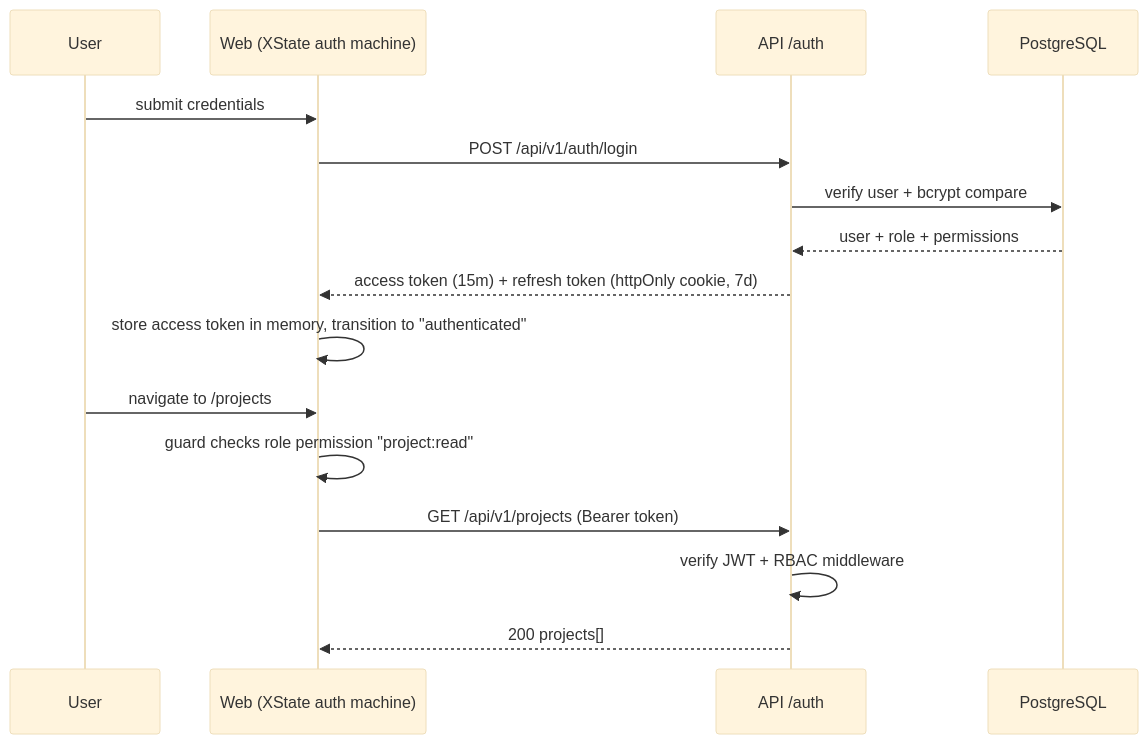
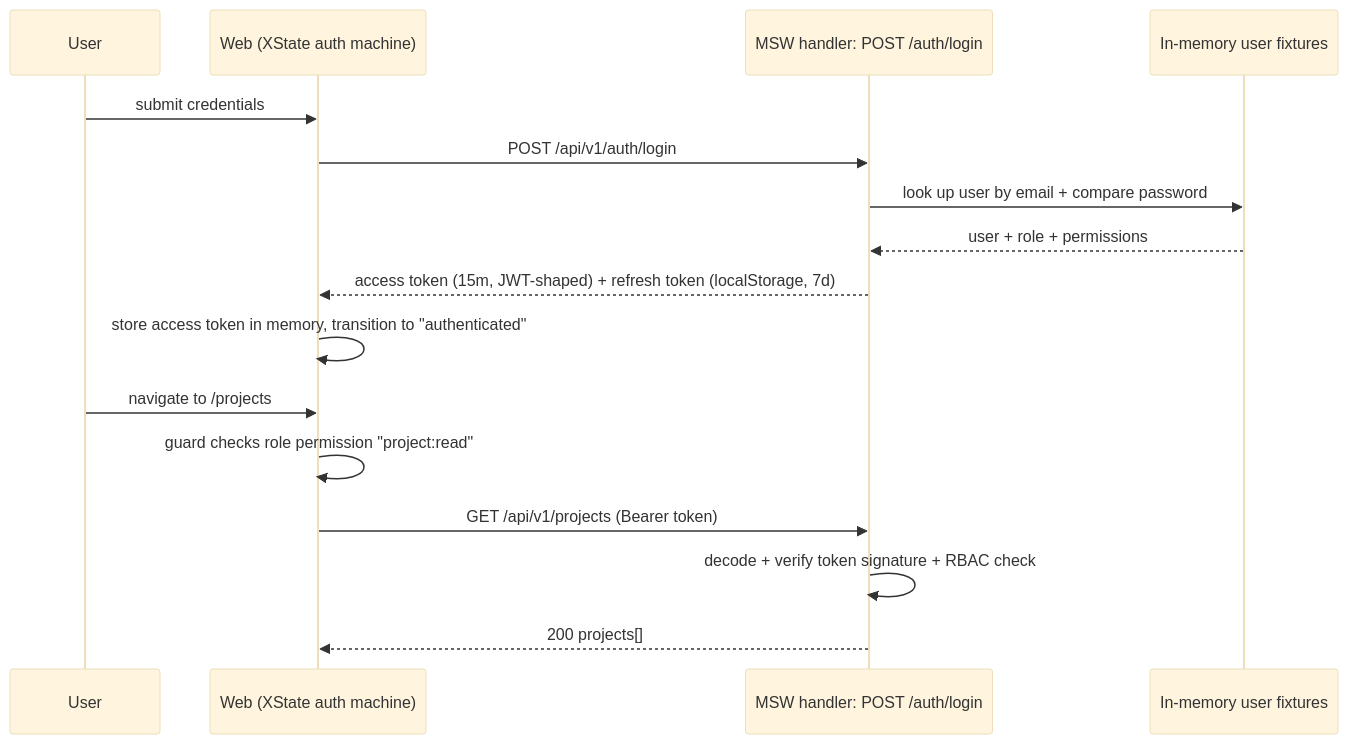
One commit to Shubhek-sha/finaltask changed the third of 6 diagrams in ARCHITECTURE.md. Above: the diagram before and after it, drawn with Mermaid (base theme). The commit also changed other lines of this file and 7 other files, not shown here.

First line of the commit message:
Course-correct: frontend-only, drop apps/api for a mocked network layer

````diff
--- a/ARCHITECTURE.md
+++ b/ARCHITECTURE.md
@@ -272,19 +276,19 @@
 ```mermaid
 sequenceDiagram
     participant U as User
     participant W as Web (XState auth machine)
-    participant A as API /auth
-    participant DB as PostgreSQL
+    participant A as MSW handler: POST /auth/login
+    participant Fx as In-memory user fixtures
 
     U->>W: submit credentials
     W->>A: POST /api/v1/auth/login
-    A->>DB: verify user + bcrypt compare
-    DB-->>A: user + role + permissions
-    A-->>W: access token (15m) + refresh token (httpOnly cookie, 7d)
+    A->>Fx: look up user by email + compare password
+    Fx-->>A: user + role + permissions
+    A-->>W: access token (15m, JWT-shaped) + refresh token (localStorage, 7d)
     W->>W: store access token in memory, transition to "authenticated"
     U->>W: navigate to /projects
     W->>W: guard checks role permission "project:read"
     W->>A: GET /api/v1/projects (Bearer token)
-    A->>A: verify JWT + RBAC middleware
+    A->>A: decode + verify token signature + RBAC check
     A-->>W: 200 projects[]
 ```
````
